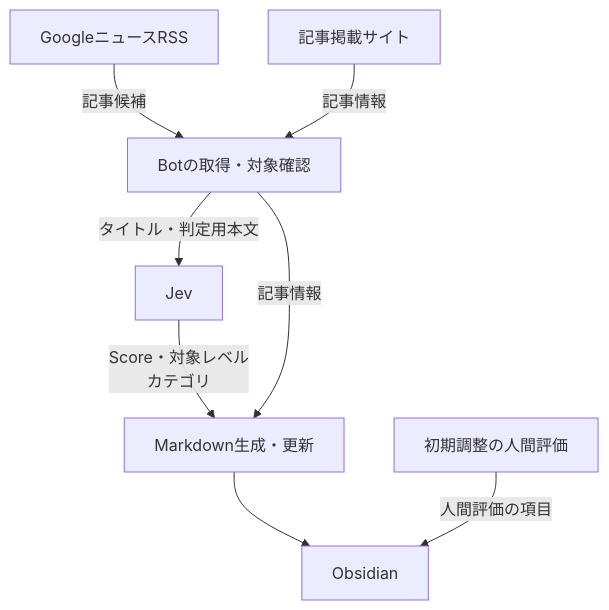
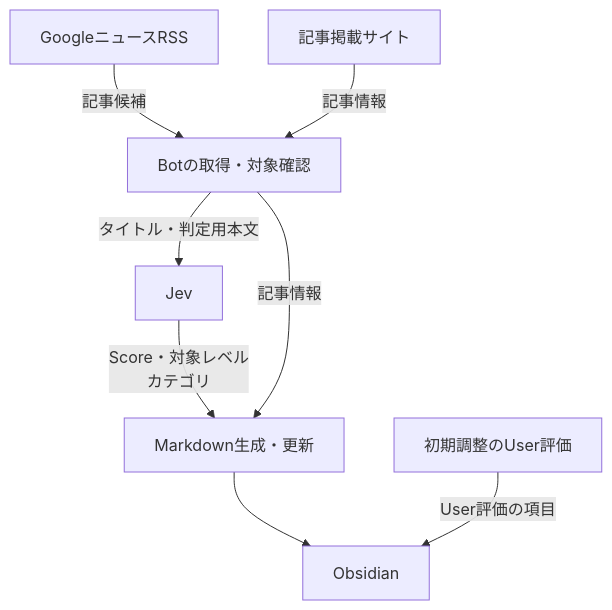
The diagram in README.md (t-oikawa-sendai/jev-news-selector), drawn with Mermaid before and after one commit. The commit also changed other lines of this file and 13 other files, not shown here.

````diff
--- a/README.md
+++ b/README.md
@@ -112,10 +118,10 @@
 ```mermaid
 flowchart TD
     rss["GoogleニュースRSS"] -->|"記事候補"| bot["Botの取得・対象確認"]
     site["記事掲載サイト"] -->|"記事情報"| bot
     bot -->|"タイトル・判定用本文"| jev["Jev"]
     jev -->|"Score・対象レベル<br/>カテゴリ"| md["Markdown生成・更新"]
     bot -->|"記事情報"| md
     md --> vault["Obsidian"]
-    human["初期調整の人間評価"] -->|"人間評価の項目"| vault
+    human["初期調整のUser評価"] -->|"User評価の項目"| vault
 ```
````
